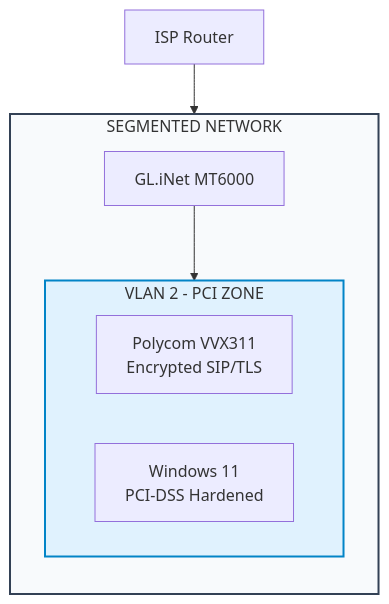
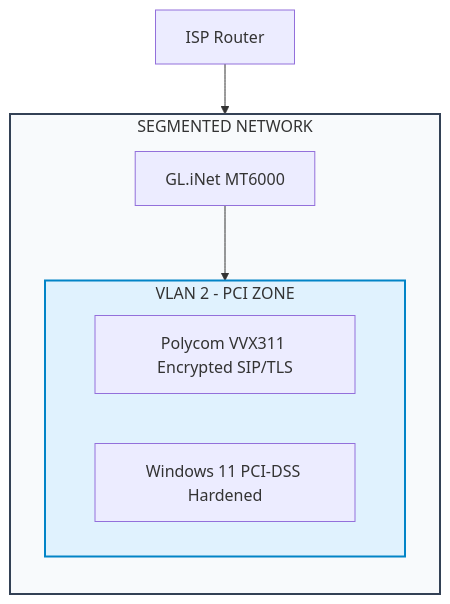
Before and after one commit to Pharns/portfolio: the diagram in docs/cybersecurity/pci-dss/architecture.md, drawn with Mermaid. The commit also changed 3 other files, not shown here.

First line of the commit message:
fix(mermaid): resolve syntax errors for Mermaid v11.12.2

````diff
--- a/docs/cybersecurity/pci-dss/architecture.md
+++ b/docs/cybersecurity/pci-dss/architecture.md
@@ -33,21 +33,21 @@
 ```mermaid
 flowchart TB
-    ISP[ISP Router]
+    ISP["ISP Router"]
 
-    subgraph NETWORK[SEGMENTED NETWORK]
+    subgraph NETWORK["SEGMENTED NETWORK"]
         direction TB
-        ROUTER[GL.iNet MT6000]
+        ROUTER["GL.iNet MT6000"]
 
-        subgraph PCI[VLAN 2 - PCI ZONE]
+        subgraph PCI["VLAN 2 - PCI ZONE"]
             direction LR
-            VOIP[Polycom VVX311<br/>Encrypted SIP/TLS]
-            WS[Windows 11<br/>PCI-DSS Hardened]
+            VOIP["Polycom VVX311 Encrypted SIP/TLS"]
+            WS["Windows 11 PCI-DSS Hardened"]
         end
     end
 
     ISP --> ROUTER
     ROUTER --> PCI
 
     style NETWORK fill:#f8fafc,stroke:#334155,stroke-width:2px
     style PCI fill:#e0f2fe,stroke:#0284c7,stroke-width:2px
 ```
````
